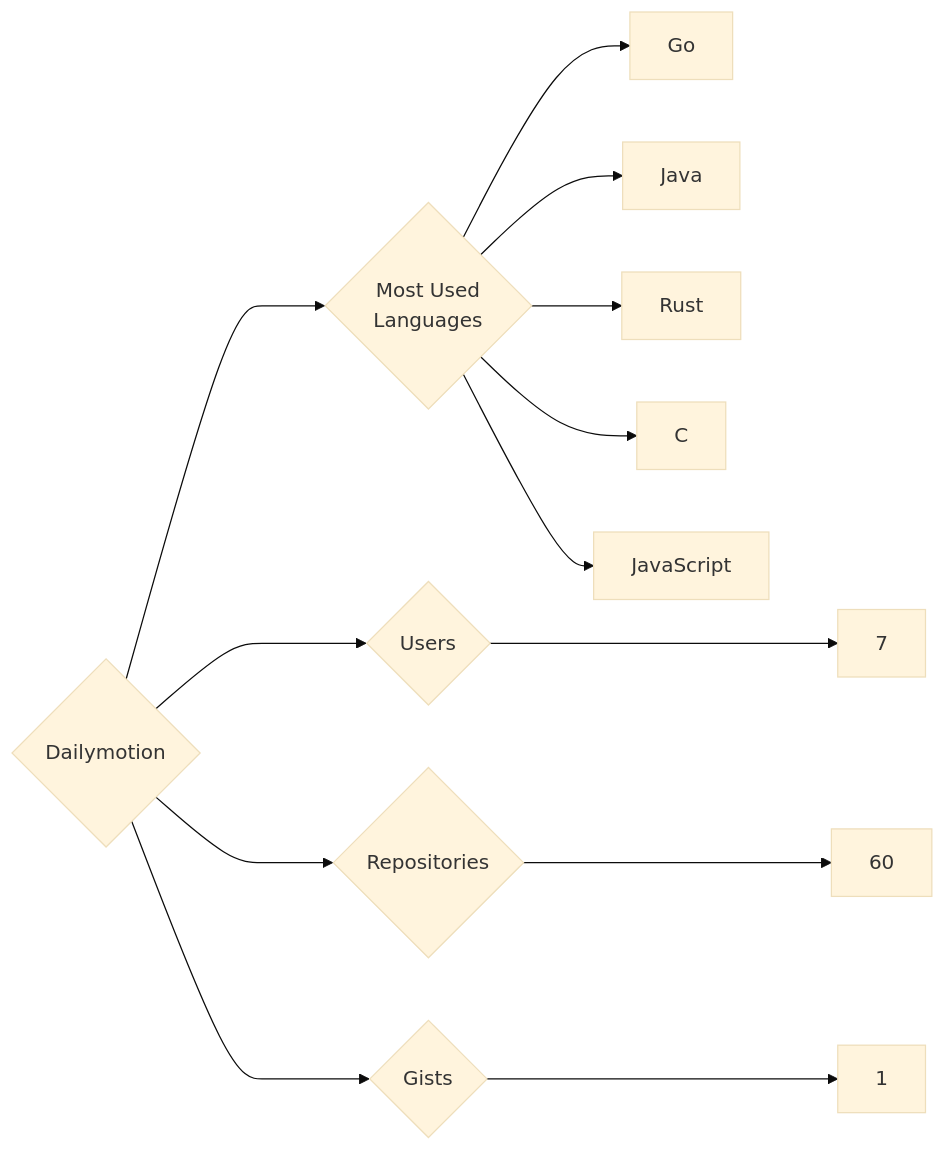
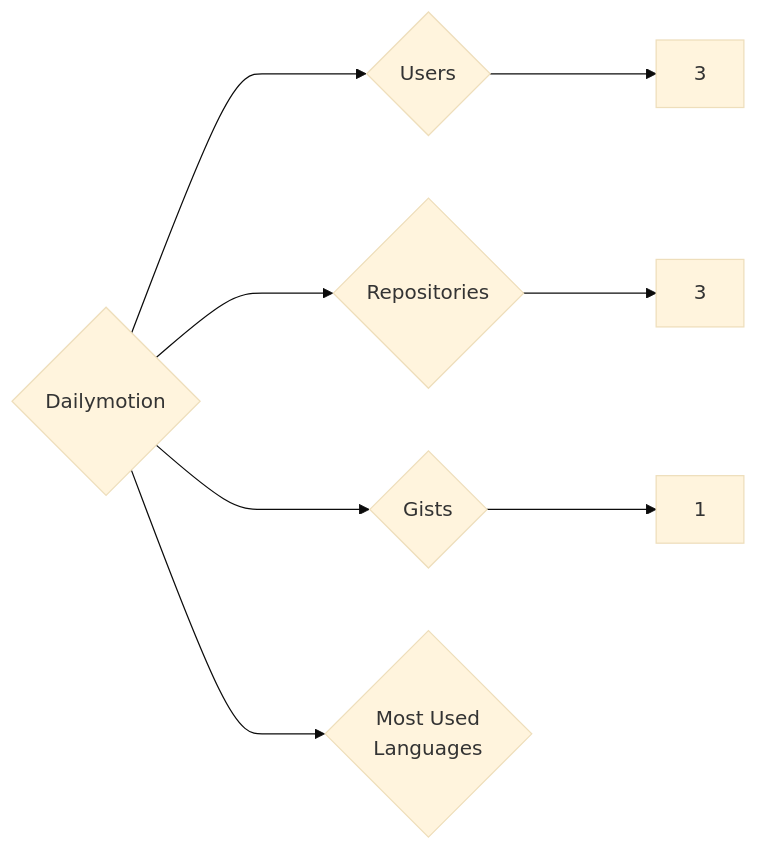
Before and after one commit to trickest/insiders: the diagram in targets/Dailymotion/README.md, drawn with Mermaid (base theme). The commit also changed 942 other files, not shown here.

````diff
--- a/targets/Dailymotion/README.md
+++ b/targets/Dailymotion/README.md
@@ -3,13 +3,8 @@
 ```mermaid
 graph LR
 COMPANY_NAME{Dailymotion}
-COMPANY_NAME ---> U{Users} ---> UN[7]
-COMPANY_NAME ---> R{Repositories} ---> RN[60]
+COMPANY_NAME ---> U{Users} ---> UN[3]
+COMPANY_NAME ---> R{Repositories} ---> RN[3]
 COMPANY_NAME ---> G{Gists} ---> GN[1]
 COMPANY_NAME ---> ML{Most Used<br>Languages}
-ML --> Go[Go]
-ML --> Java[Java]
-ML --> Rust[Rust]
-ML --> C[C]
-ML --> JavaScript[JavaScript]
 ```
````
